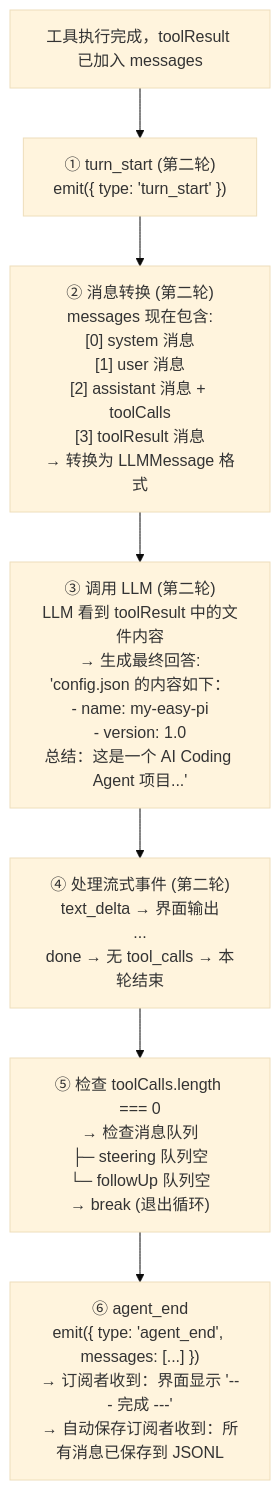
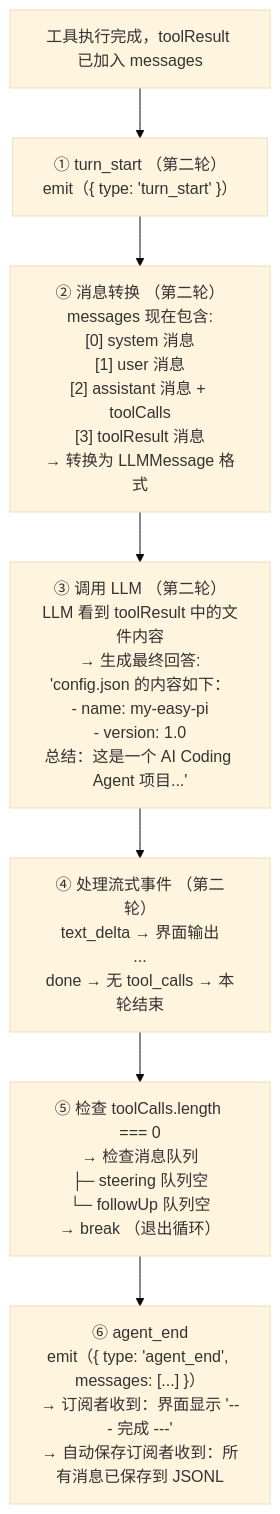
Before and after one commit to KNeegcyao/my-easy-pi: the ninth of 12 diagrams in docs/09-putting-it-together/02-end-to-end-flow.md, drawn with Mermaid (base theme). The commit also changed other lines of this file and 25 other files, not shown here.

First line of the commit message:
fix: 修复 Mermaid 图表语法错误

````diff
--- a/docs/09-putting-it-together/02-end-to-end-flow.md
+++ b/docs/09-putting-it-together/02-end-to-end-flow.md
@@ -417,9 +417,9 @@
 ```mermaid
 flowchart TD
-    Start["工具执行完成，toolResult 已加入 messages"] --> TurnStart["① turn_start (第二轮)<br/>emit({ type: 'turn_start' })"]
-    TurnStart --> Convert["② 消息转换 (第二轮)<br/>messages 现在包含:<br/>[0] system 消息<br/>[1] user 消息<br/>[2] assistant 消息 + toolCalls<br/>[3] toolResult 消息<br/>→ 转换为 LLMMessage 格式"]
-    Convert --> CallLLM["③ 调用 LLM (第二轮)<br/>LLM 看到 toolResult 中的文件内容<br/>→ 生成最终回答:<br/>'config.json 的内容如下：<br/>- name: my-easy-pi<br/>- version: 1.0<br/>总结：这是一个 AI Coding Agent 项目...'"]
-    CallLLM --> ProcessStream["④ 处理流式事件 (第二轮)<br/>text_delta → 界面输出<br/>...<br/>done → 无 tool_calls → 本轮结束"]
-    ProcessStream --> CheckTools["⑤ 检查 toolCalls.length === 0<br/>→ 检查消息队列<br/>├─ steering 队列空<br/>└─ followUp 队列空<br/>→ break (退出循环)"]
-    CheckTools --> AgentEnd["⑥ agent_end<br/>emit({ type: 'agent_end', messages: [...] })<br/>→ 订阅者收到：界面显示 '--- 完成 ---'<br/>→ 自动保存订阅者收到：所有消息已保存到 JSONL"]
+    Start["工具执行完成，toolResult 已加入 messages"] --> TurnStart["① turn_start （第二轮）<br/>emit（{ type: 'turn_start' }）"]
+    TurnStart --> Convert["② 消息转换 （第二轮）<br/>messages 现在包含:<br/>[0] system 消息<br/>[1] user 消息<br/>[2] assistant 消息 + toolCalls<br/>[3] toolResult 消息<br/>→ 转换为 LLMMessage 格式"]
+    Convert --> CallLLM["③ 调用 LLM （第二轮）<br/>LLM 看到 toolResult 中的文件内容<br/>→ 生成最终回答:<br/>'config.json 的内容如下：<br/>- name: my-easy-pi<br/>- version: 1.0<br/>总结：这是一个 AI Coding Agent 项目...'"]
+    CallLLM --> ProcessStream["④ 处理流式事件 （第二轮）<br/>text_delta → 界面输出<br/>...<br/>done → 无 tool_calls → 本轮结束"]
+    ProcessStream --> CheckTools["⑤ 检查 toolCalls.length === 0<br/>→ 检查消息队列<br/>├─ steering 队列空<br/>└─ followUp 队列空<br/>→ break （退出循环）"]
+    CheckTools --> AgentEnd["⑥ agent_end<br/>emit（{ type: 'agent_end', messages: [...] }）<br/>→ 订阅者收到：界面显示 '--- 完成 ---'<br/>→ 自动保存订阅者收到：所有消息已保存到 JSONL"]
 ```
````
